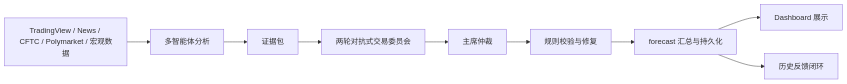
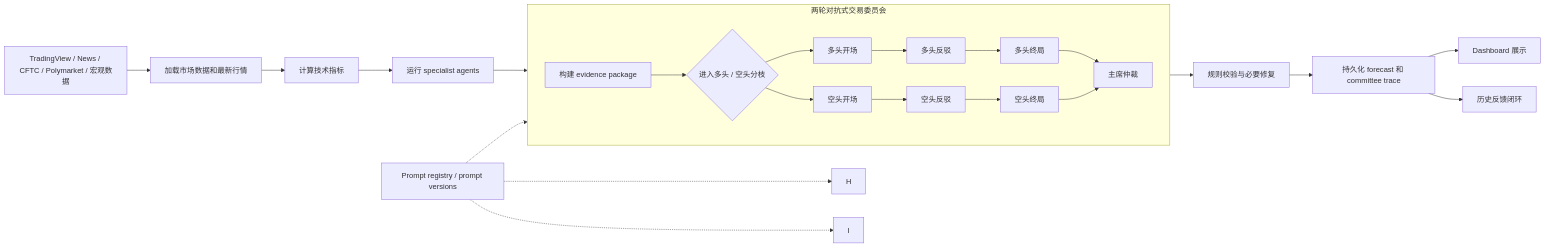
The diagram in README.zh-CN.md (michael-chow-arch/goldfxgraph), drawn with Mermaid before and after one commit. The commit also changed other lines of this file and 3 other files, not shown here.

Commit message:
docs: update README workflow diagrams

````diff
--- a/README.zh-CN.md
+++ b/README.zh-CN.md
@@ -106,11 +106,28 @@
 ```mermaid
 flowchart LR
-  A[TradingView / News / CFTC / Polymarket / 宏观数据] --> B[多智能体分析]
-  B --> C[证据包]
-  C --> D[两轮对抗式交易委员会]
-  D --> E[主席仲裁]
-  E --> F[规则校验与修复]
-  F --> G[forecast 汇总与持久化]
-  G --> H[Dashboard 展示]
-  G --> I[历史反馈闭环]
+  A[TradingView / News / CFTC / Polymarket / 宏观数据] --> B[加载市场数据和最新行情]
+  B --> C[计算技术指标]
+  C --> D[运行 specialist agents]
+  D --> E[构建 evidence package]
+  P[Prompt registry / prompt versions] -.-> G
+  P -.-> H
+  P -.-> I
+
+  subgraph S[两轮对抗式交易委员会]
+    direction LR
+    E --> G{进入多头 / 空头分枝}
+    G --> H1[多头开场]
+    G --> I1[空头开场]
+    H1 --> H2[多头反驳]
+    I1 --> I2[空头反驳]
+    H2 --> H3[多头终局]
+    I2 --> I3[空头终局]
+    H3 --> J[主席仲裁]
+    I3 --> J
+  end
+
+  J --> K[规则校验与必要修复]
+  K --> L[持久化 forecast 和 committee trace]
+  L --> M[Dashboard 展示]
+  L --> N[历史反馈闭环]
 ```
````
